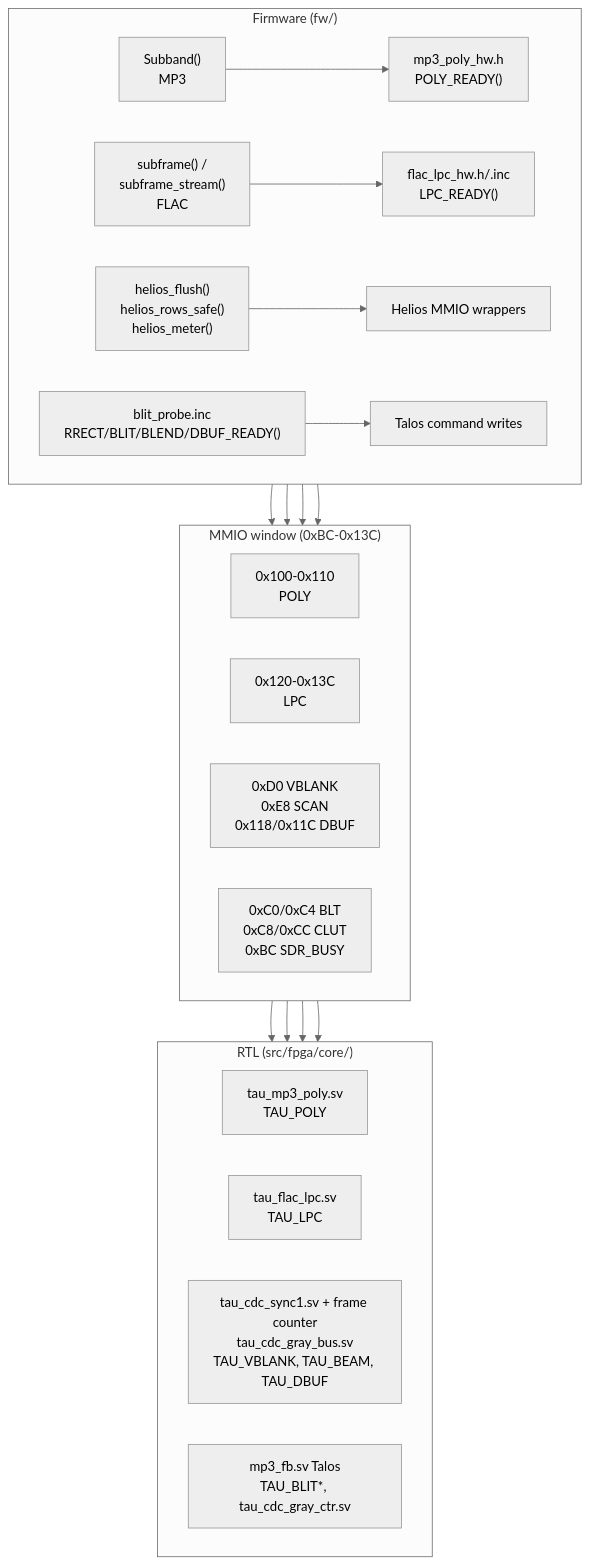
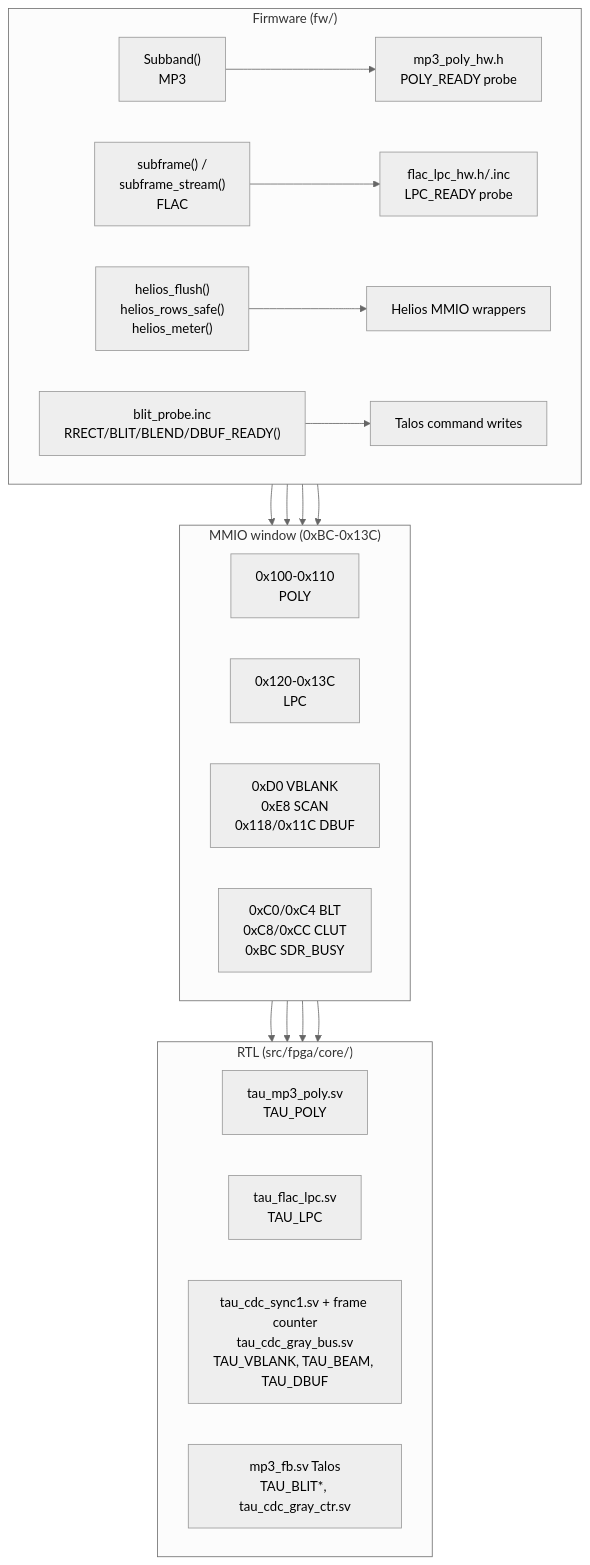
One commit to alfatreze/Tau-Alpha changed the diagram in docs/diagrams/HALCYON_v0.6.0_HARDWARE_SOFTWARE_ARCHITECTURE.md. Above: the diagram before and after it, drawn with Mermaid (neutral theme).

Commit message:
docs: probe labels in Halcyon diagram

````diff
--- a/docs/diagrams/HALCYON_v0.6.0_HARDWARE_SOFTWARE_ARCHITECTURE.md
+++ b/docs/diagrams/HALCYON_v0.6.0_HARDWARE_SOFTWARE_ARCHITECTURE.md
@@ -7,28 +7,28 @@
 ```mermaid
 flowchart TB
   subgraph FW["Firmware (fw/)"]
     direction LR
-    A["Subband()<br/>MP3"] --> WP["mp3_poly_hw.h<br/>POLY_READY()"]
-    B["subframe() /<br/>subframe_stream()<br/>FLAC"] --> WL["flac_lpc_hw.h/.inc<br/>LPC_READY()"]
+    A["Subband()<br/>MP3"] --> WP["mp3_poly_hw.h<br/>POLY_READY probe"]
+    B["subframe() /<br/>subframe_stream()<br/>FLAC"] --> WL["flac_lpc_hw.h/.inc<br/>LPC_READY probe"]
     C["helios_flush()<br/>helios_rows_safe()<br/>helios_meter()"] --> WH["Helios MMIO wrappers"]
     D["blit_probe.inc<br/>RRECT/BLIT/BLEND/DBUF_READY()"] --> WT["Talos command writes"]
   end
   subgraph MMIO["MMIO window (0xBC-0x13C)"]
     direction LR
     M1["0x100-0x110<br/>POLY"]
     M2["0x120-0x13C<br/>LPC"]
     M3["0xD0 VBLANK<br/>0xE8 SCAN<br/>0x118/0x11C DBUF"]
     M4["0xC0/0xC4 BLT<br/>0xC8/0xCC CLUT<br/>0xBC SDR_BUSY"]
   end
   subgraph RTL["RTL (src/fpga/core/)"]
     direction LR
     R1["tau_mp3_poly.sv<br/>TAU_POLY"]
     R2["tau_flac_lpc.sv<br/>TAU_LPC"]
     R3["tau_cdc_sync1.sv + frame counter<br/>tau_cdc_gray_bus.sv<br/>TAU_VBLANK, TAU_BEAM, TAU_DBUF"]
     R4["mp3_fb.sv Talos<br/>TAU_BLIT*, tau_cdc_gray_ctr.sv"]
   end
   WP --> M1 --> R1
   WL --> M2 --> R2
   WH --> M3 --> R3
   WT --> M4 --> R4
 ```
````
